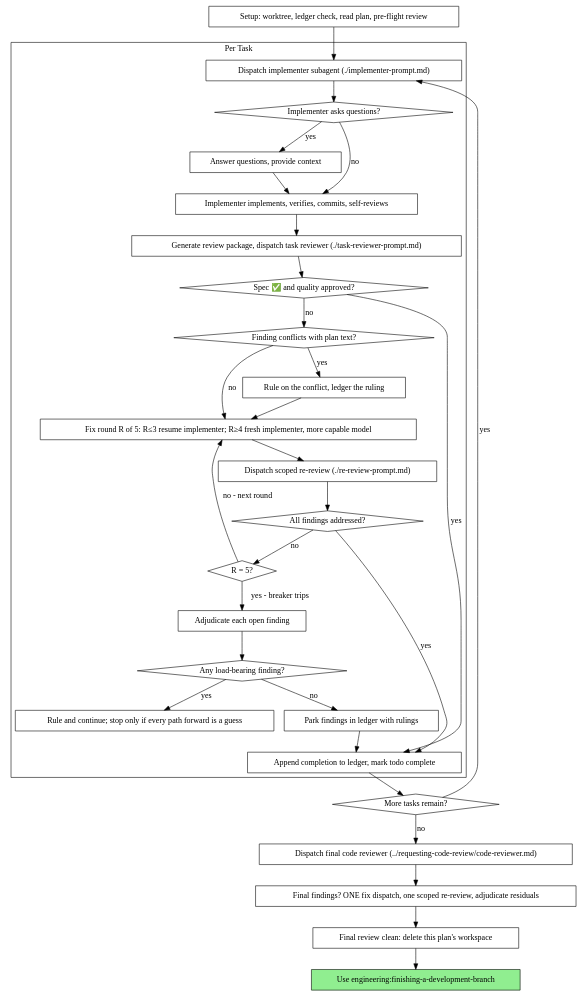
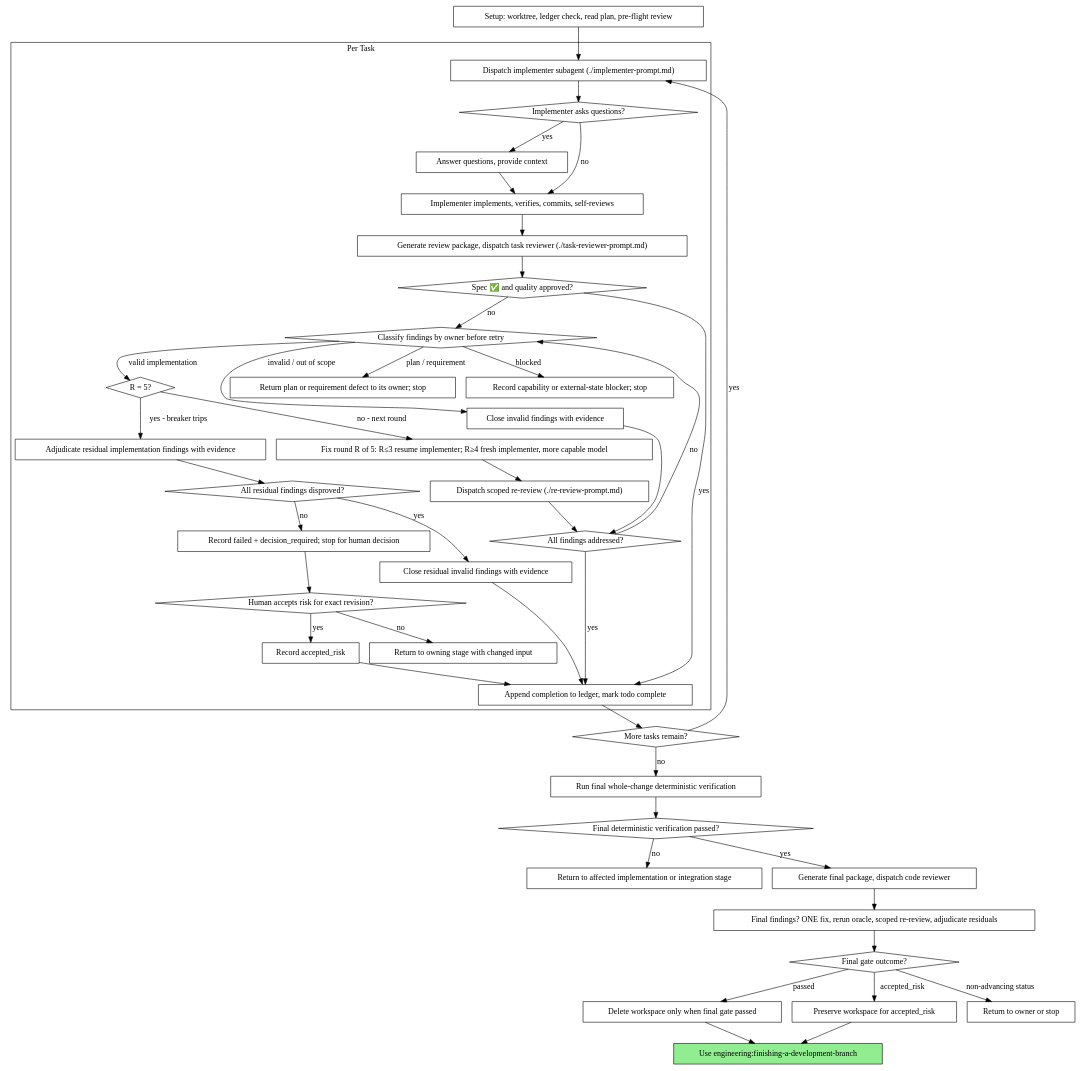
One commit to sonsu-lee/sonsu-marketplace changed the second of 2 diagrams in plugins/engineering/skills/subagent-driven-development/SKILL.md. Above: the diagram before and after it, drawn with Graphviz. The commit also changed other lines of this file and 22 other files, not shown here.

First line of the commit message:
feat(engineering): add stage-owned quality gates (#6)

````diff
--- a/plugins/engineering/skills/subagent-driven-development/SKILL.md
+++ b/plugins/engineering/skills/subagent-driven-development/SKILL.md
@@ -74,24 +78,35 @@
         "Implementer implements, verifies, commits, self-reviews" [shape=box];
         "Generate review package, dispatch task reviewer (./task-reviewer-prompt.md)" [shape=box];
         "Spec ✅ and quality approved?" [shape=diamond];
-        "Finding conflicts with plan text?" [shape=diamond];
-        "Rule on the conflict, ledger the ruling" [shape=box];
+        "Classify findings by owner before retry" [shape=diamond];
+        "Return plan or requirement defect to its owner; stop" [shape=box];
+        "Record capability or external-state blocker; stop" [shape=box];
+        "Close invalid findings with evidence" [shape=box];
         "Fix round R of 5: R≤3 resume implementer; R≥4 fresh implementer, more capable model" [shape=box];
         "Dispatch scoped re-review (./re-review-prompt.md)" [shape=box];
         "All findings addressed?" [shape=diamond];
         "R = 5?" [shape=diamond];
-        "Adjudicate each open finding" [shape=box];
-        "Any load-bearing finding?" [shape=diamond];
-        "Rule and continue; stop only if every path forward is a guess" [shape=box];
-        "Park findings in ledger with rulings" [shape=box];
+        "Adjudicate residual implementation findings with evidence" [shape=box];
+        "All residual findings disproved?" [shape=diamond];
+        "Close residual invalid findings with evidence" [shape=box];
+        "Record failed + decision_required; stop for human decision" [shape=box];
+        "Human accepts risk for exact revision?" [shape=diamond];
+        "Record accepted_risk" [shape=box];
+        "Return to owning stage with changed input" [shape=box];
         "Append completion to ledger, mark todo complete" [shape=box];
     }
 
     "Setup: worktree, ledger check, read plan, pre-flight review" [shape=box];
     "More tasks remain?" [shape=diamond];
-    "Dispatch final code reviewer (../requesting-code-review/code-reviewer.md)" [shape=box];
-    "Final findings? ONE fix dispatch, one scoped re-review, adjudicate residuals" [shape=box];
-    "Final review clean: delete this plan's workspace" [shape=box];
+    "Run final whole-change deterministic verification" [shape=box];
+    "Final deterministic verification passed?" [shape=diamond];
+    "Return to affected implementation or integration stage" [shape=box];
+    "Generate final package, dispatch code reviewer" [shape=box];
+    "Final findings? ONE fix, rerun oracle, scoped re-review, adjudicate residuals" [shape=box];
+    "Final gate outcome?" [shape=diamond];
+    "Delete workspace only when final gate passed" [shape=box];
+    "Preserve workspace for accepted_risk" [shape=box];
+    "Return to owner or stop" [shape=box];
     "Use engineering:finishing-a-development-branch" [shape=box style=filled fillcolor=lightgreen];
 
     "Setup: worktree, ledger check, read plan, pre-flight review" -> "Dispatch implementer subagent (./implementer-prompt.md)";
@@ -102,25 +117,38 @@
     "Implementer implements, verifies, commits, self-reviews" -> "Generate review package, dispatch task reviewer (./task-reviewer-prompt.md)";
     "Generate review package, dispatch task reviewer (./task-reviewer-prompt.md)" -> "Spec ✅ and quality approved?";
     "Spec ✅ and quality approved?" -> "Append completion to ledger, mark todo complete" [label="yes"];
-    "Spec ✅ and quality approved?" -> "Finding conflicts with plan text?" [label="no"];
-    "Finding conflicts with plan text?" -> "Rule on the conflict, ledger the ruling" [label="yes"];
-    "Rule on the conflict, ledger the ruling" -> "Fix round R of 5: R≤3 resume implementer; R≥4 fresh implementer, more capable model";
-    "Finding conflicts with plan text?" -> "Fix round R of 5: R≤3 resume implementer; R≥4 fresh implementer, more capable model" [label="no"];
+    "Spec ✅ and quality approved?" -> "Classify findings by owner before retry" [label="no"];
+    "Classify findings by owner before retry" -> "Return plan or requirement defect to its owner; stop" [label="plan / requirement"];
+    "Classify findings by owner before retry" -> "Record capability or external-state blocker; stop" [label="blocked"];
+    "Classify findings by owner before retry" -> "Close invalid findings with evidence" [label="invalid / out of scope"];
+    "Close invalid findings with evidence" -> "All findings addressed?";
+    "Classify findings by owner before retry" -> "R = 5?" [label="valid implementation"];
     "Fix round R of 5: R≤3 resume implementer; R≥4 fresh implementer, more capable model" -> "Dispatch scoped re-review (./re-review-prompt.md)";
     "Dispatch scoped re-review (./re-review-prompt.md)" -> "All findings addressed?";
     "All findings addressed?" -> "Append completion to ledger, mark todo complete" [label="yes"];
-    "All findings addressed?" -> "R = 5?" [label="no"];
+    "All findings addressed?" -> "Classify findings by owner before retry" [label="no"];
     "R = 5?" -> "Fix round R of 5: R≤3 resume implementer; R≥4 fresh implementer, more capable model" [label="no - next round"];
-    "R = 5?" -> "Adjudicate each open finding" [label="yes - breaker trips"];
-    "Adjudicate each open finding" -> "Any load-bearing finding?";
-    "Any load-bearing finding?" -> "Rule and continue; stop only if every path forward is a guess" [label="yes"];
-    "Any load-bearing finding?" -> "Park findings in ledger with rulings" [label="no"];
-    "Park findings in ledger with rulings" -> "Append completion to ledger, mark todo complete";
+    "R = 5?" -> "Adjudicate residual implementation findings with evidence" [label="yes - breaker trips"];
+    "Adjudicate residual implementation findings with evidence" -> "All residual findings disproved?";
+    "All residual findings disproved?" -> "Close residual invalid findings with evidence" [label="yes"];
+    "Close residual invalid findings with evidence" -> "Append completion to ledger, mark todo complete";
+    "All residual findings disproved?" -> "Record failed + decision_required; stop for human decision" [label="no"];
+    "Record failed + decision_required; stop for human decision" -> "Human accepts risk for exact revision?";
+    "Human accepts risk for exact revision?" -> "Record accepted_risk" [label="yes"];
+    "Record accepted_risk" -> "Append completion to ledger, mark todo complete";
+    "Human accepts risk for exact revision?" -> "Return to owning stage with changed input" [label="no"];
     "Append completion to ledger, mark todo complete" -> "More tasks remain?";
     "More tasks remain?" -> "Dispatch implementer subagent (./implementer-prompt.md)" [label="yes"];
-    "More tasks remain?" -> "Dispatch final code reviewer (../requesting-code-review/code-reviewer.md)" [label="no"];
-    "Dispatch final code reviewer (../requesting-code-review/code-reviewer.md)" -> "Final findings? ONE fix dispatch, one scoped re-review, adjudicate residuals";
-    "Final findings? ONE fix dispatch, one scoped re-review, adjudicate residuals" -> "Final review clean: delete this plan's workspace";
-    "Final review clean: delete this plan's workspace" -> "Use engineering:finishing-a-development-branch";
+    "More tasks remain?" -> "Run final whole-change deterministic verification" [label="no"];
+    "Run final whole-change deterministic verification" -> "Final deterministic verification passed?";
+    "Final deterministic verification passed?" -> "Return to affected implementation or integration stage" [label="no"];
+    "Final deterministic verification passed?" -> "Generate final package, dispatch code reviewer" [label="yes"];
+    "Generate final package, dispatch code reviewer" -> "Final findings? ONE fix, rerun oracle, scoped re-review, adjudicate residuals";
+    "Final findings? ONE fix, rerun oracle, scoped re-review, adjudicate residuals" -> "Final gate outcome?";
+    "Final gate outcome?" -> "Delete workspace only when final gate passed" [label="passed"];
+    "Final gate outcome?" -> "Preserve workspace for accepted_risk" [label="accepted_risk"];
+    "Final gate outcome?" -> "Return to owner or stop" [label="non-advancing status"];
+    "Delete workspace only when final gate passed" -> "Use engineering:finishing-a-development-branch";
+    "Preserve workspace for accepted_risk" -> "Use engineering:finishing-a-development-branch";
 }
 ```
````
